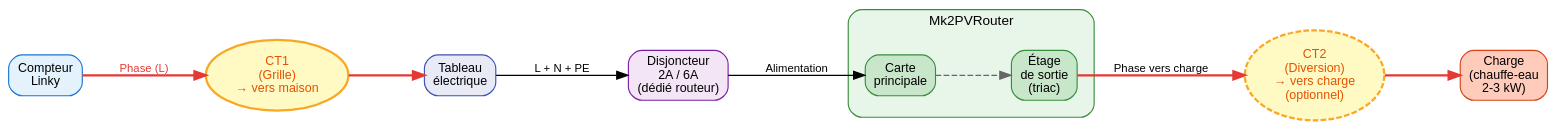
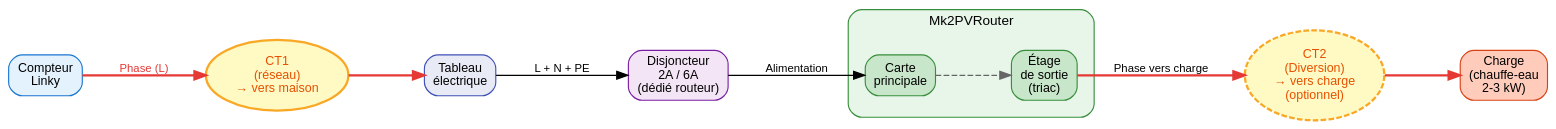
One commit to FredM67/Mk2PVRouter changed the first of 2 diagrams in content/installation-finale-connexions.rst. Above: the diagram before and after it, drawn with Graphviz. The commit also changed other lines of this file, not shown here.

```diff
--- a/content/installation-finale-connexions.rst
+++ b/content/installation-finale-connexions.rst
@@ -31,47 +31,47 @@
 .. graphviz::
    :caption: Emplacement des CT — Installation monophasée
    :align: center
    :alt: Schéma d'installation des capteurs de courant en monophasé
 
    digraph ct_mono {
        rankdir=LR;
        node [shape=box, style="rounded,filled", fontname="Arial", fontsize=11];
        edge [fontname="Arial", fontsize=10];
        nodesep=0.6;
        ranksep=0.9;
        bgcolor=transparent;
 
        compteur [label="Compteur\nLinky", fillcolor="#E3F2FD", color="#1976D2"];
 
-       ct1 [label="CT1\n(Grille)\n→ vers maison", shape=ellipse, fillcolor="#FFF9C4", color="#F9A825", fontcolor="#E65100", penwidth=2];
+       ct1 [label="CT1\n(réseau)\n→ vers maison", shape=ellipse, fillcolor="#FFF9C4", color="#F9A825", fontcolor="#E65100", penwidth=2];
 
        tableau [label="Tableau\nélectrique", fillcolor="#E8EAF6", color="#3F51B5"];
 
        disj [label="Disjoncteur\n2A / 6A\n(dédié routeur)", fillcolor="#F3E5F5", color="#7B1FA2"];
 
        subgraph cluster_router {
            label="Mk2PVRouter";
            style="filled,rounded";
            fillcolor="#E8F5E9";
            color="#388E3C";
            fontname="Arial";
            fontsize=12;
            labelloc="t";
            margin=15;
 
            routeur [label="Carte\nprincipale", fillcolor="#C8E6C9", color="#388E3C"];
            sortie [label="Étage\nde sortie\n(triac)", fillcolor="#C8E6C9", color="#388E3C"];
        }
 
        ct2 [label="CT2\n(Diversion)\n→ vers charge\n(optionnel)", shape=ellipse, fillcolor="#FFF9C4", color="#F9A825", fontcolor="#E65100", style="filled,dashed", penwidth=2];
 
        charge [label="Charge\n(chauffe-eau\n2-3 kW)", fillcolor="#FFCCBC", color="#D84315"];
 
        compteur -> ct1 [label="Phase (L)", color="#E53935", fontcolor="#E53935", penwidth=2];
        ct1 -> tableau [color="#E53935", penwidth=2];
        tableau -> disj [label="L + N + PE"];
        disj -> routeur [label="Alimentation"];
        routeur -> sortie [style=dashed, color="#666666"];
        sortie -> ct2 [label="Phase vers charge", color="#E53935", penwidth=2];
        ct2 -> charge [color="#E53935", penwidth=2];
    }
```
